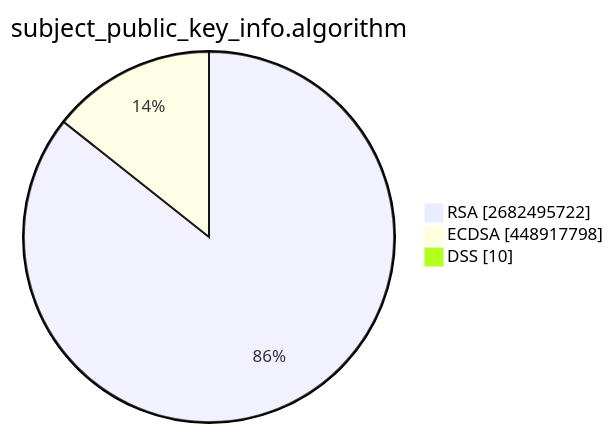
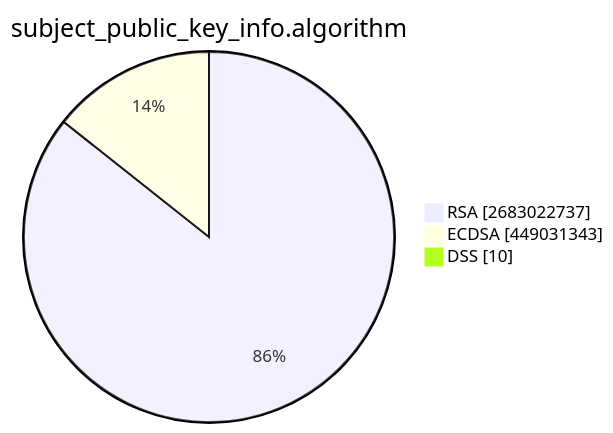
Before and after one commit to christiankrug/ctmonitor_visualization: the second of 15 diagrams in TOTAL/README.md, drawn with Mermaid. The commit also changed other lines of this file, not shown here.

````diff
--- a/TOTAL/README.md
+++ b/TOTAL/README.md
@@ -6,7 +6,7 @@
 ```mermaid
 pie showData
 title subject_public_key_info.algorithm
-"RSA" :2682495722
-"ECDSA" :448917798
+"RSA" :2683022737
+"ECDSA" :449031343
 "DSS" :10
 ```
````
